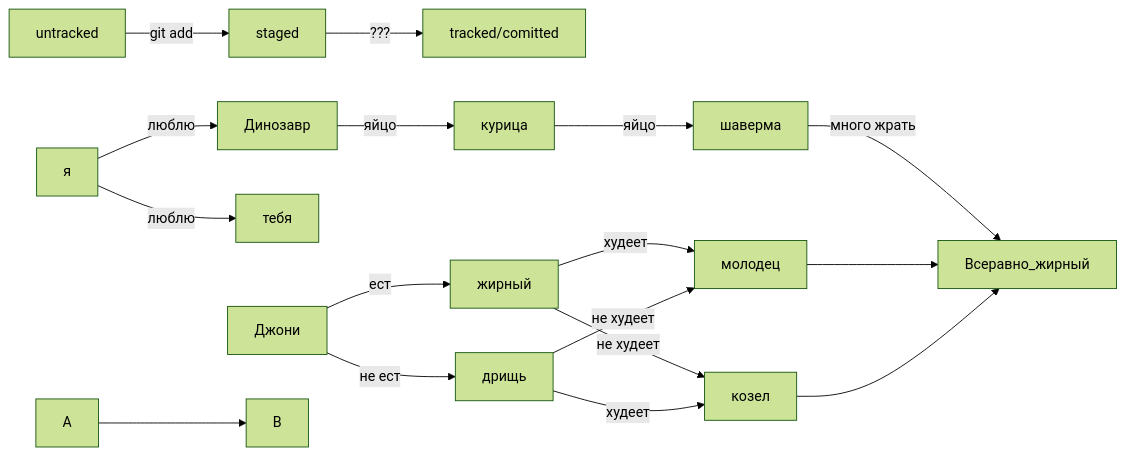
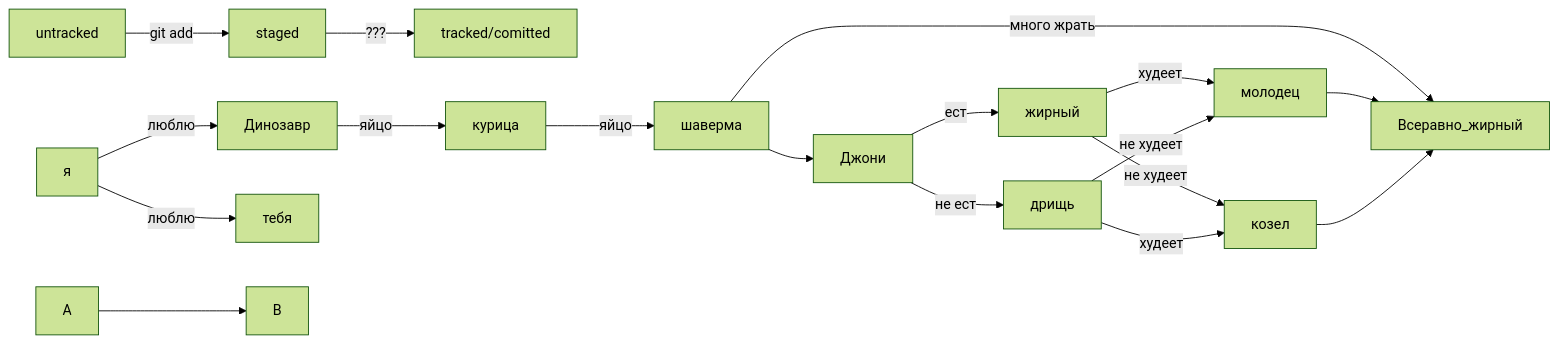
The diagram in Shpargalka.md (AleksandrLARUS/Shpargalka), drawn with Mermaid (forest theme) before and after one commit.

Commit message:
Финалить вывод

````diff
--- a/Shpargalka.md
+++ b/Shpargalka.md
@@ -153,18 +153,19 @@
 ```mermaid
 graph LR;
   untracked -- "git add" --> staged;
   staged    -- "???"     --> tracked/comitted;
   Динозавр -- "яйцо" --> курица -- "яйцо" --> шаверма;
   шаверма -- "много жрать" --> Всеравно_жирный;
   я -- "люблю" --> тебя;
   я -- "люблю" --> Динозавр;
+  шаверма --> Джони;
   Джони -- "ест" --> жирный -- "худеет" --> молодец;
   жирный -- "не худеет" --> козел;
   Джони -- "не ест" --> дрищь -- "не худеет" --> молодец;
   дрищь -- "худеет" --> козел;
   молодец --> Всеравно_жирный;
   козел --> Всеравно_жирный;
 
 %% стрелка без текста для примера: 
   A --> B;
 ```
````
